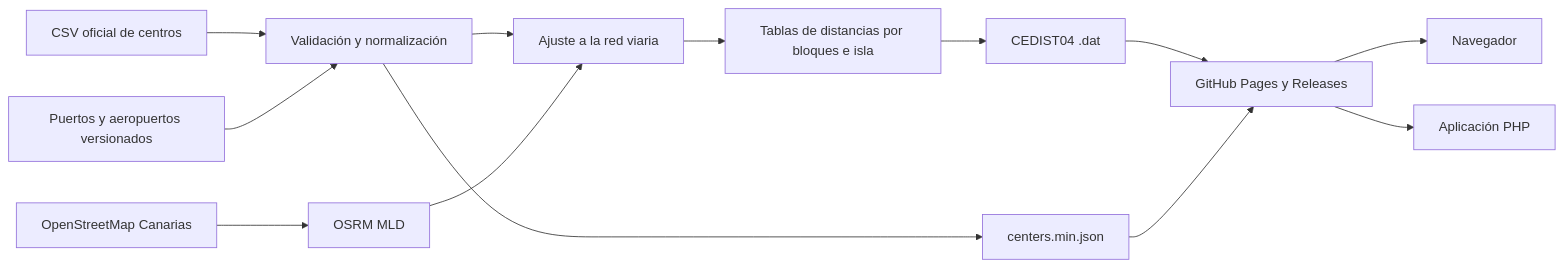
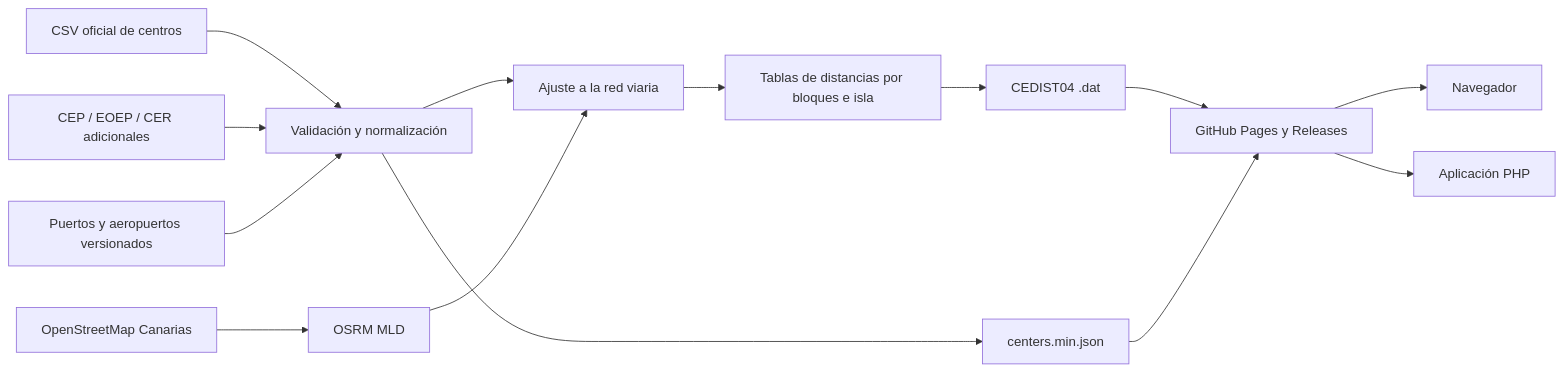
One commit to ateeducacion/distancias_centros_educativos_canarias changed the diagram in docs/architecture.md. Above: the diagram before and after it, drawn with Mermaid. The commit also changed other lines of this file and 6 other files, not shown here.

````diff
--- a/docs/architecture.md
+++ b/docs/architecture.md
@@ -5,15 +5,16 @@
 ```mermaid
 flowchart LR
     A[CSV oficial de centros] --> C[Validación y normalización]
+    B1[CEP / EOEP / CER adicionales] --> C
     B[Puertos y aeropuertos versionados] --> C
     D[OpenStreetMap Canarias] --> E[OSRM MLD]
     C --> F[Ajuste a la red viaria]
     E --> F
     F --> G[Tablas de distancias por bloques e isla]
     G --> H[CEDIST04 .dat]
     C --> I[centers.min.json]
     H --> J[GitHub Pages y Releases]
     I --> J
     J --> K[Navegador]
     J --> L[Aplicación PHP]
 ```
````
